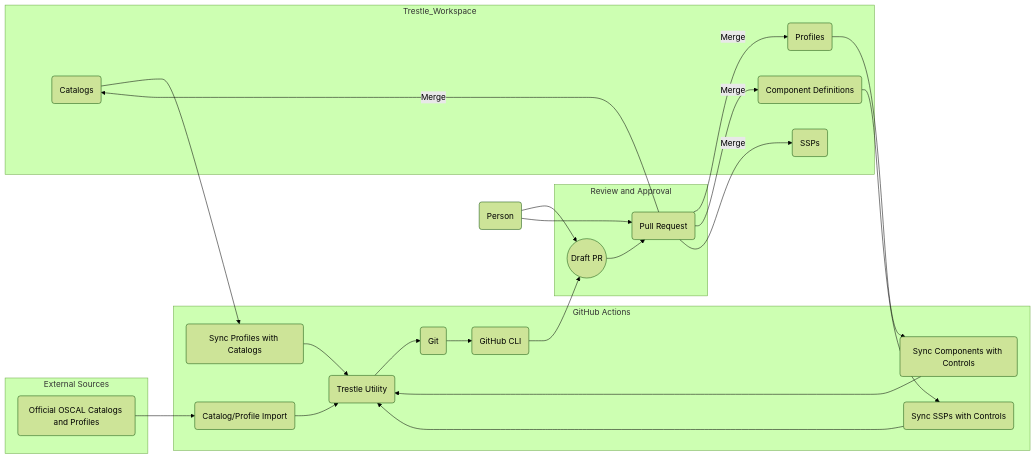
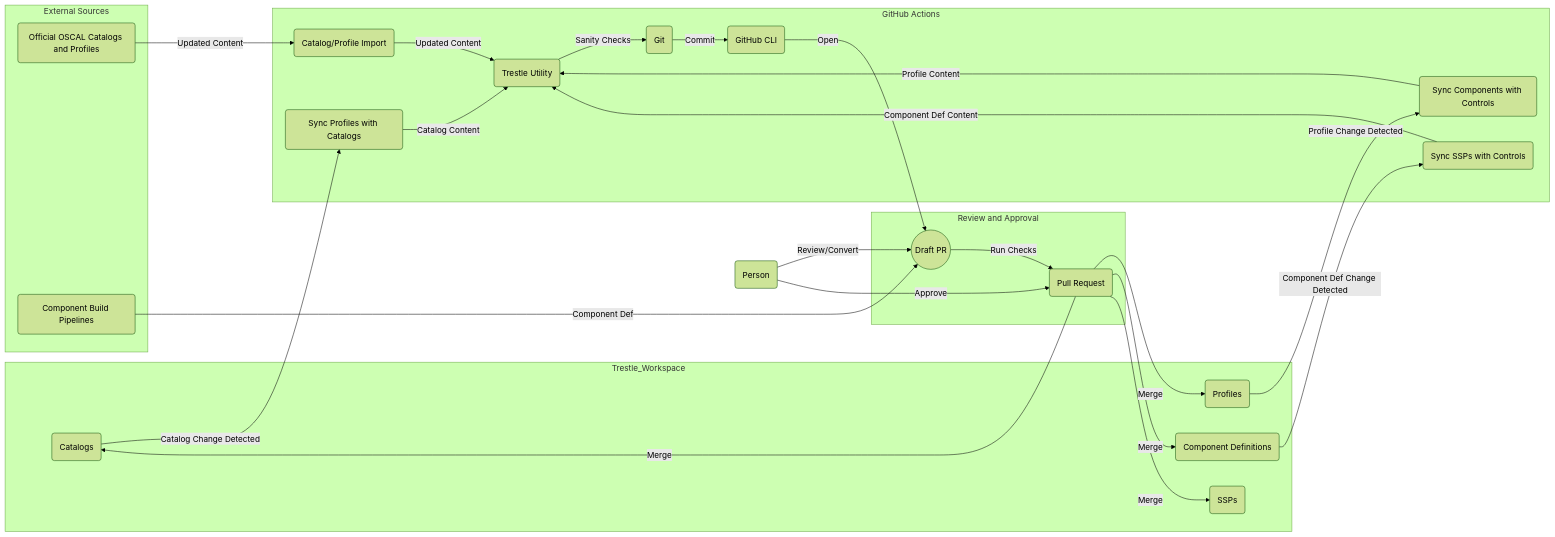
Before and after one commit to RedHatProductSecurity/trestle-demo: the first of 2 diagrams in docs/componenet-diagrams.md, drawn with Mermaid (forest theme). The commit also changed 2 other files, not shown here.

Commit message:
Edges first draft

````diff
--- a/docs/componenet-diagrams.md
+++ b/docs/componenet-diagrams.md
@@ -9,45 +9,48 @@
 ```mermaid
 graph LR
     subgraph Trestle_Workspace
         Catalogs(Catalogs)
         Profiles(Profiles)
         Component_Definitions(Component Definitions)
         SSPs(SSPs)
     end
     subgraph External Sources
         Official_Catalogs_Profiles(Official OSCAL Catalogs and Profiles)
+        Component_Build_Pipelines(Component Build Pipelines)
     end
     subgraph GitHub Actions
         Catalog_Profile_Import(Catalog/Profile Import)
         Sync_Profiles(Sync Profiles with Catalogs)
         Sync_Components(Sync Components with Controls)
         Sync_SSPs(Sync SSPs with Controls)
         Trestle_Utility(Trestle Utility)
         Git(Git)
         GitHub_CLI(GitHub CLI)
     end
     subgraph Review and Approval
         Draft_PR((Draft PR))
         Pull_Request(Pull Request)
     end
     Person(Person)
 
-    Official_Catalogs_Profiles --> Catalog_Profile_Import
-    Catalog_Profile_Import --> Trestle_Utility
-    Trestle_Utility --> Git
-    Git --> GitHub_CLI
-    GitHub_CLI --> Draft_PR
-    Sync_Profiles --> Trestle_Utility
-    Sync_Components --> Trestle_Utility
-    Sync_SSPs --> Trestle_Utility
-    Draft_PR --> Pull_Request
+    Official_Catalogs_Profiles -- Updated Content --> Catalog_Profile_Import
+    Catalog_Profile_Import -- Updated Content --> Trestle_Utility
+    Trestle_Utility -- Sanity Checks --> Git
+    Git -- Commit--> GitHub_CLI
+    GitHub_CLI -- Open --> Draft_PR
+    Sync_Profiles -- Catalog Content --> Trestle_Utility
+    Sync_Components -- Profile Content --> Trestle_Utility
+    Sync_SSPs  -- Component Def Content --> Trestle_Utility
+    Draft_PR -- Run Checks --> Pull_Request
     Pull_Request -- Merge --> Catalogs
     Pull_Request -- Merge --> Profiles
     Pull_Request -- Merge --> Component_Definitions
     Pull_Request -- Merge --> SSPs
-    Catalogs --> Sync_Profiles
-    Profiles --> Sync_Components
-    Component_Definitions --> Sync_SSPs
-    Person --> Draft_PR
-    Person --> Pull_Request
+    Catalogs -- Catalog Change Detected --> Sync_Profiles
+    Profiles -- Profile Change Detected --> Sync_Components
+    Component_Definitions -- Component Def Change Detected --> Sync_SSPs
+    Person -- Review/Convert --> Draft_PR
+    Person -- Approve --> Pull_Request
+    Component_Build_Pipelines -- Component Def --> Draft_PR
+
 ```
````
